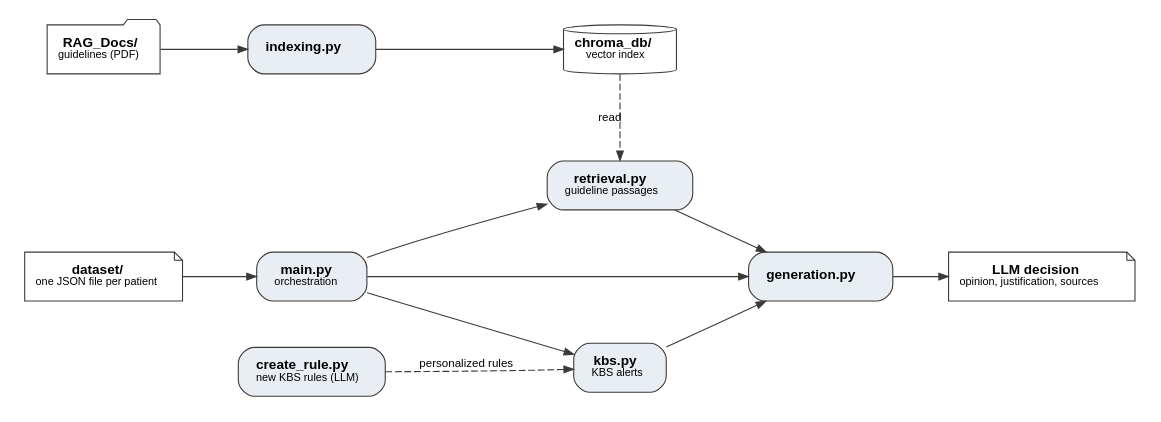
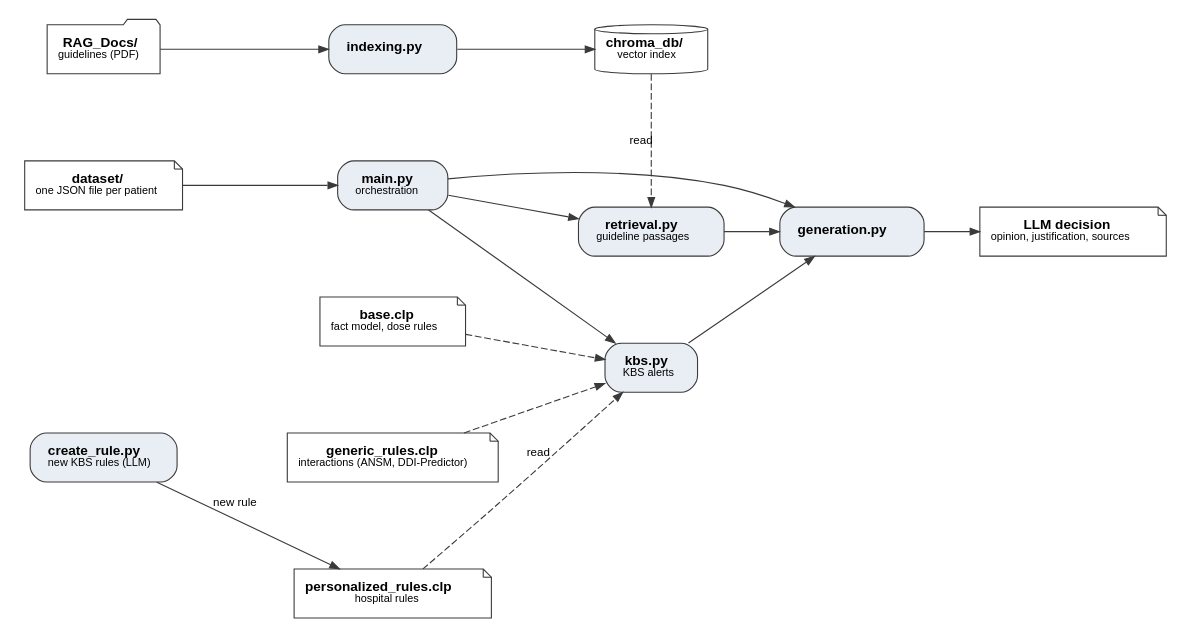
Before and after one commit to naikenisen/projet_pui: the diagram in paper/figures_en/figure_1.dot, drawn with Graphviz. The commit also changed 2 other files, not shown here.

Commit message:
adding new logic to figure

```diff
--- a/paper/figures_en/figure_1.dot
+++ b/paper/figures_en/figure_1.dot
@@ -1,36 +1,49 @@
 // Figure 1 : architecture du pipeline ; export : dot -Tpdf figure_1.dot -o figure_1.pdf
 digraph architecture {
     graph [rankdir=LR, fontname="Helvetica", nodesep=0.45, ranksep=0.55, pad=0.15, newrank=true];
     node  [fontname="Helvetica", fontsize=10, color="#3A3A3A", penwidth=0.8];
     edge  [fontname="Helvetica", fontsize=8.5, color="#3A3A3A", arrowsize=0.7, penwidth=0.8];
 
     node [shape=folder, style=filled, fillcolor="#FFFFFF"];
     base     [label=<<B>RAG_Docs/</B><BR/><FONT POINT-SIZE="8.5">guidelines (PDF)</FONT>>];
     patients [shape=note, label=<<B>dataset/</B><BR/><FONT POINT-SIZE="8.5">one JSON file per patient</FONT>>];
     chroma   [shape=cylinder, label=<<B>chroma_db/</B><BR/><FONT POINT-SIZE="8.5">vector index</FONT>>];
     decision [shape=note, label=<<B>LLM decision</B><BR/><FONT POINT-SIZE="8.5">opinion, justification, sources</FONT>>];
+    base_clp           [shape=note, label=<<B>base.clp</B><BR/><FONT POINT-SIZE="8.5">fact model, dose rules</FONT>>];
+    generic_rules      [shape=note, label=<<B>generic_rules.clp</B><BR/><FONT POINT-SIZE="8.5">interactions (ANSM, DDI-Predictor)</FONT>>];
+    personalized_rules [shape=note, label=<<B>personalized_rules.clp</B><BR/><FONT POINT-SIZE="8.5">hospital rules</FONT>>];
 
     node [shape=box, style="rounded,filled", fillcolor="#E9EEF4", margin="0.18,0.08"];
     indexing [label=<<B>indexing.py</B>>];
     main       [label=<<B>main.py</B><BR/><FONT POINT-SIZE="8.5">orchestration</FONT>>];
     retrieval      [label=<<B>retrieval.py</B><BR/><FONT POINT-SIZE="8.5">guideline passages</FONT>>];
     kbs        [label=<<B>kbs.py</B><BR/><FONT POINT-SIZE="8.5">KBS alerts</FONT>>];
     generation [label=<<B>generation.py</B>>];
     create_rule [label=<<B>create_rule.py</B><BR/><FONT POINT-SIZE="8.5">new KBS rules (LLM)</FONT>>];
 
-    { rank=same; base; patients; }
-    { rank=same; indexing; main; create_rule; }
+    { rank=same; base; patients; create_rule; }
+    { rank=same; indexing; main; base_clp; generic_rules; personalized_rules; }
     { rank=same; chroma; retrieval; kbs; }
+
+    // Invisible edges keep the vertical order: RAG on top, rules at the bottom
+    edge [style=invis];
+    base -> patients -> create_rule;
+    indexing -> main -> base_clp -> generic_rules -> personalized_rules;
+    chroma -> retrieval -> kbs;
+    edge [style=solid];
 
     base -> indexing -> chroma;
     chroma -> retrieval [style=dashed, label="read"];
 
     patients -> main;
     main -> generation;
     main -> retrieval;
     main -> kbs;
     retrieval -> generation;
     kbs -> generation;
-    create_rule -> kbs [style=dashed, label="personalized rules"];
+    create_rule -> personalized_rules [label="new rule"];
+    base_clp -> kbs [style=dashed];
+    generic_rules -> kbs [style=dashed];
+    personalized_rules -> kbs [style=dashed, label="read"];
     generation -> decision;
 }
```
